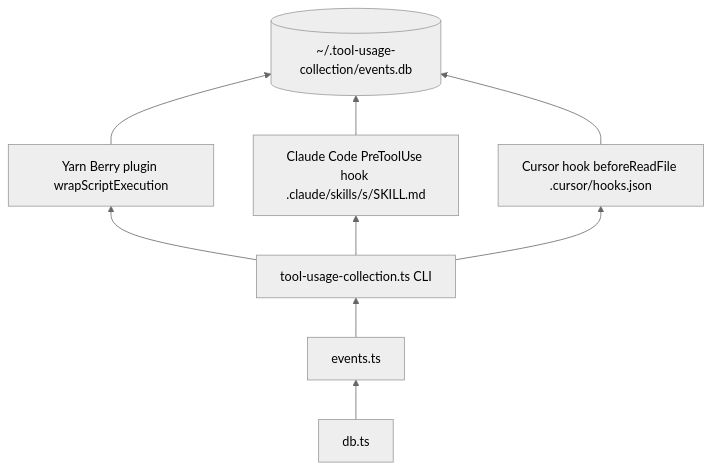
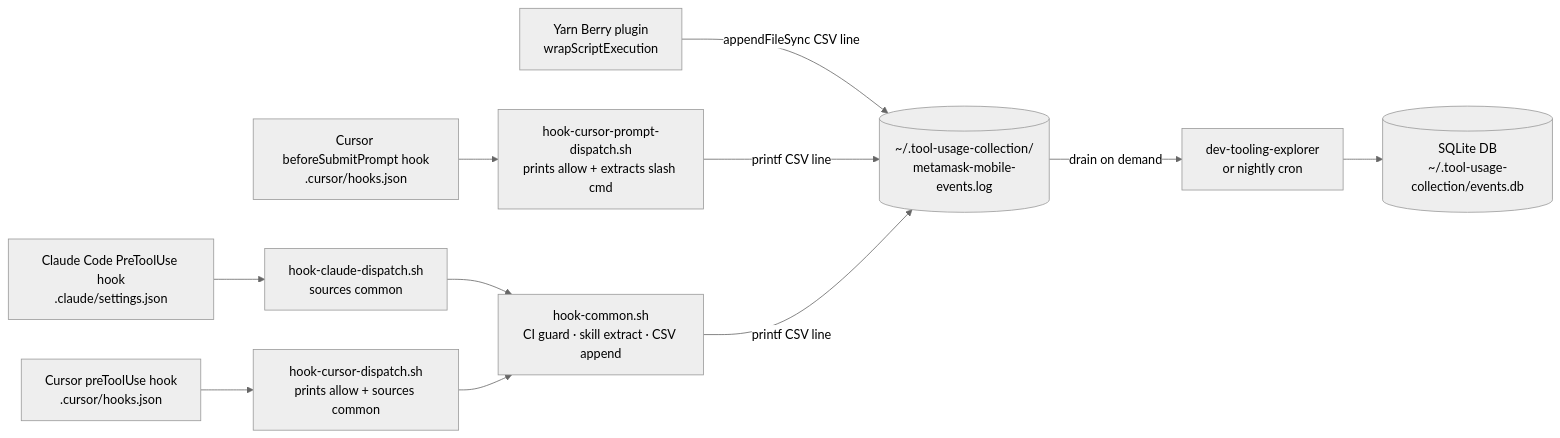
One commit to MetaMask/metamask-mobile changed the diagram in scripts/tooling/README.md. Above: the diagram before and after it, drawn with Mermaid (neutral theme). The commit also changed other lines of this file and 22 other files, not shown here.

First line of the commit message:
refactor(tooling): replace SQLite skill tracking with CSV log and Cursor slash-command hook (#29139)

````diff
--- a/scripts/tooling/README.md
+++ b/scripts/tooling/README.md
@@ -39,14 +50,21 @@
 ```mermaid
-flowchart BT
-    db[db.ts]
-    events[events.ts]
-    cli[tool-usage-collection.ts CLI]
-    yarn[Yarn Berry plugin wrapScriptExecution]
-    claude[Claude Code PreToolUse hook .claude/skills/s/SKILL.md]
-    cursor[Cursor hook beforeReadFile .cursor/hooks.json]
-    sqlite[(~/.tool-usage-collection/events.db)]
+flowchart LR
+    yarn[Yarn Berry plugin\nwrapScriptExecution]
+    claude[Claude Code PreToolUse hook\n.claude/settings.json]
+    cursor_pretool[Cursor preToolUse hook\n.cursor/hooks.json]
+    cursor_prompt[Cursor beforeSubmitPrompt hook\n.cursor/hooks.json]
+    cursor_entry[hook-cursor-dispatch.sh\nprints allow + sources common]
+    cursor_prompt_entry[hook-cursor-prompt-dispatch.sh\nprints allow + extracts slash cmd]
+    claude_entry[hook-claude-dispatch.sh\nsources common]
+    common[hook-common.sh\nCI guard · skill extract · CSV append]
+    log[(~/.tool-usage-collection/\nmetamask-mobile-events.log)]
+    explorer[dev-tooling-explorer\nor nightly cron]
+    db[(SQLite DB\n~/.tool-usage-collection/events.db)]
 
-    db --> events --> cli
-    cli --> yarn & claude & cursor
-    yarn & claude & cursor --> sqlite
+    yarn -->|appendFileSync CSV line| log
+    claude --> claude_entry --> common
+    cursor_pretool --> cursor_entry --> common
+    cursor_prompt --> cursor_prompt_entry -->|printf CSV line| log
+    common -->|printf CSV line| log
+    log -->|drain on demand| explorer --> db
 ```
````
